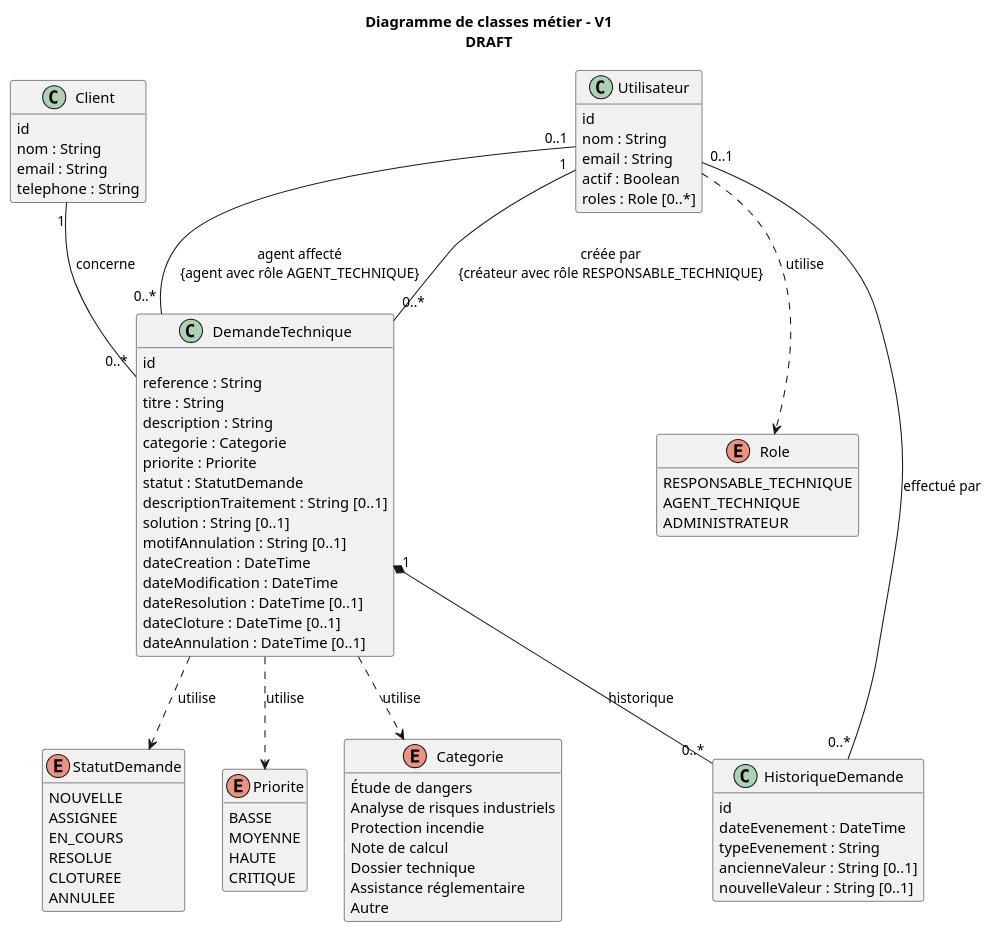
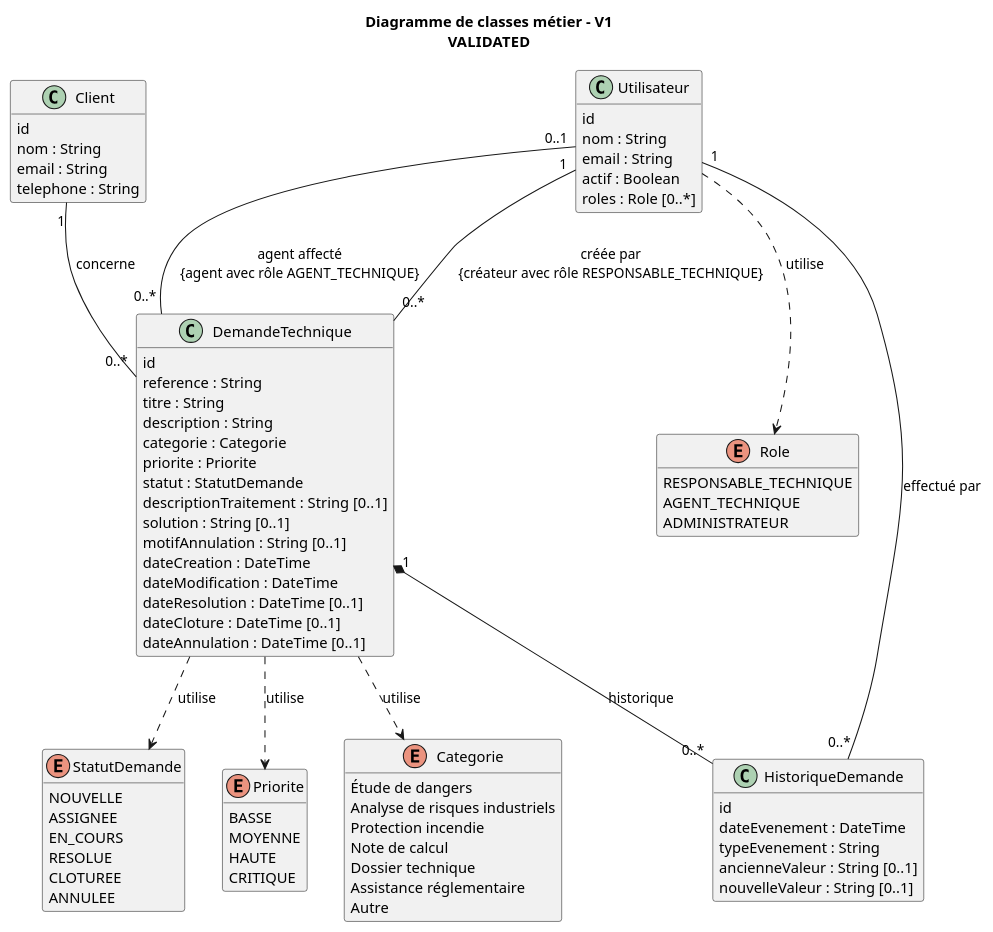
The diagram in docs/uml/class/domain-model-v1.puml (akrouty/gestion-demandes-techniques), drawn with PlantUML before and after one commit. The commit also changed 1 other file, not shown here.

```diff
--- a/docs/uml/class/domain-model-v1.puml
+++ b/docs/uml/class/domain-model-v1.puml
@@ -1,93 +1,93 @@
 @startuml
 
-' Statut : DRAFT
-title Diagramme de classes métier - V1\nDRAFT
+' Statut : VALIDATED
+title Diagramme de classes métier - V1\nVALIDATED
 
 hide methods
 skinparam classAttributeIconSize 0
 
 class Utilisateur {
   id
   nom : String
   email : String
   actif : Boolean
   roles : Role [0..*]
 }
 
 class Client {
   id
   nom : String
   email : String
   telephone : String
 }
 
 class DemandeTechnique {
   id
   reference : String
   titre : String
   description : String
   categorie : Categorie
   priorite : Priorite
   statut : StatutDemande
   descriptionTraitement : String [0..1]
   solution : String [0..1]
   motifAnnulation : String [0..1]
   dateCreation : DateTime
   dateModification : DateTime
   dateResolution : DateTime [0..1]
   dateCloture : DateTime [0..1]
   dateAnnulation : DateTime [0..1]
 }
 
 class HistoriqueDemande {
   id
   dateEvenement : DateTime
   typeEvenement : String
   ancienneValeur : String [0..1]
   nouvelleValeur : String [0..1]
 }
 
 enum Role {
   RESPONSABLE_TECHNIQUE
   AGENT_TECHNIQUE
   ADMINISTRATEUR
 }
 
 enum StatutDemande {
   NOUVELLE
   ASSIGNEE
   EN_COURS
   RESOLUE
   CLOTUREE
   ANNULEE
 }
 
 enum Priorite {
   BASSE
   MOYENNE
   HAUTE
   CRITIQUE
 }
 
 enum Categorie {
   Étude de dangers
   Analyse de risques industriels
   Protection incendie
   Note de calcul
   Dossier technique
   Assistance réglementaire
   Autre
 }
 
 Client "1" -- "0..*" DemandeTechnique : concerne
 Utilisateur "1" -- "0..*" DemandeTechnique : créée par\n{créateur avec rôle RESPONSABLE_TECHNIQUE}
 Utilisateur "0..1" -- "0..*" DemandeTechnique : agent affecté\n{agent avec rôle AGENT_TECHNIQUE}
 DemandeTechnique "1" *-- "0..*" HistoriqueDemande : historique
-Utilisateur "0..1" -- "0..*" HistoriqueDemande : effectué par
+Utilisateur "1" -- "0..*" HistoriqueDemande : effectué par
 
 Utilisateur ..> Role : utilise
 DemandeTechnique ..> Categorie : utilise
 DemandeTechnique ..> Priorite : utilise
 DemandeTechnique ..> StatutDemande : utilise
 
 @enduml
```
